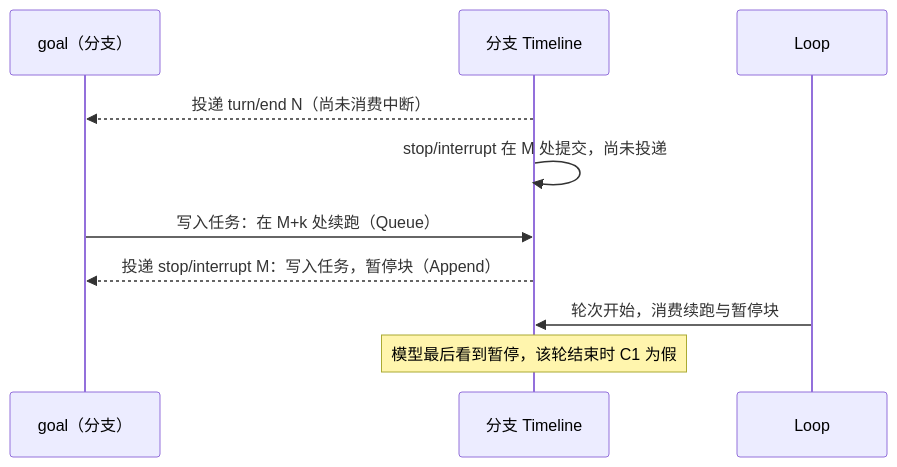
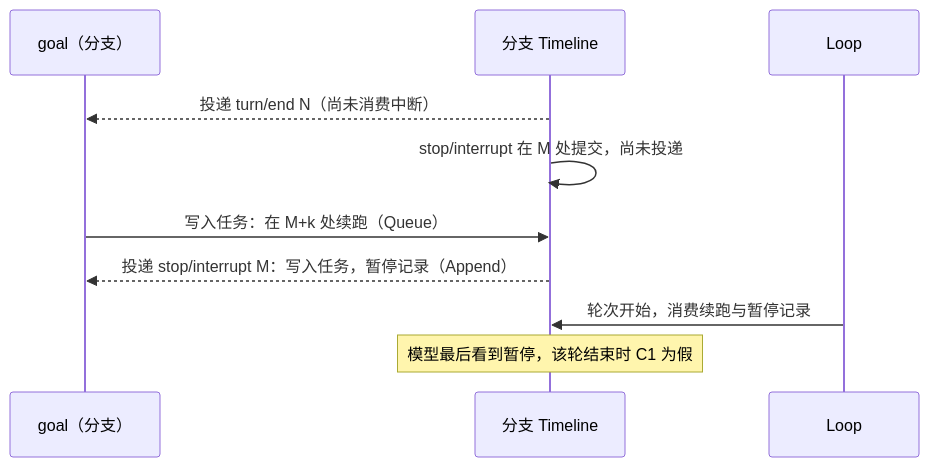
The seventh of 7 diagrams in docs/zh/design/plugins/Goal.md (CoutinhoTTS/dim-agent), drawn with Mermaid before and after one commit. The commit also changed other lines of this file and 229 other files, not shown here.

First line of the commit message:
refactor(timeline): query properties and bound history consumers

````diff
--- a/docs/zh/design/plugins/Goal.md
+++ b/docs/zh/design/plugins/Goal.md
@@ -191,12 +199,12 @@
 ```mermaid
 sequenceDiagram
   participant G as goal（分支）
   participant TL as 分支 Timeline
   participant LP as Loop
   TL-->>G: 投递 turn/end N（尚未消费中断）
   TL->>TL: stop/interrupt 在 M 处提交，尚未投递
   G->>TL: 写入任务：在 M+k 处续跑（Queue）
-  TL-->>G: 投递 stop/interrupt M：写入任务，暂停块（Append）
-  LP->>TL: 轮次开始，消费续跑与暂停块
+  TL-->>G: 投递 stop/interrupt M：写入任务，暂停记录（Append）
+  LP->>TL: 轮次开始，消费续跑与暂停记录
   Note over TL: 模型最后看到暂停，该轮结束时 C1 为假
 ```
````
